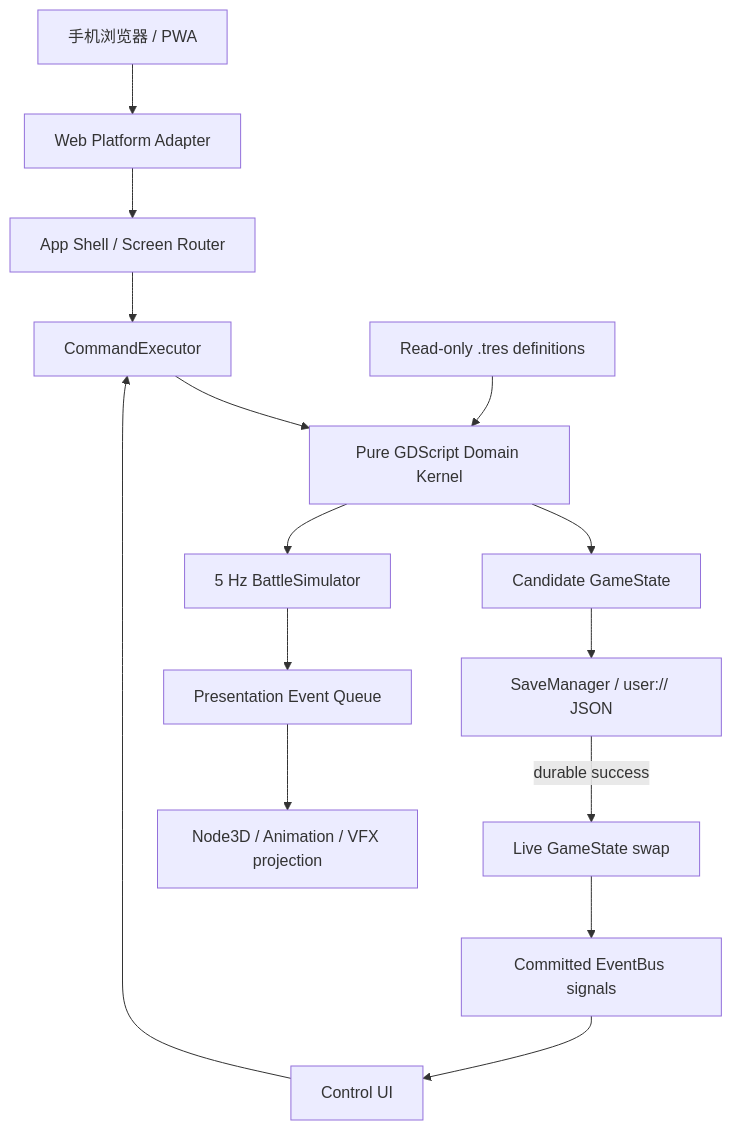
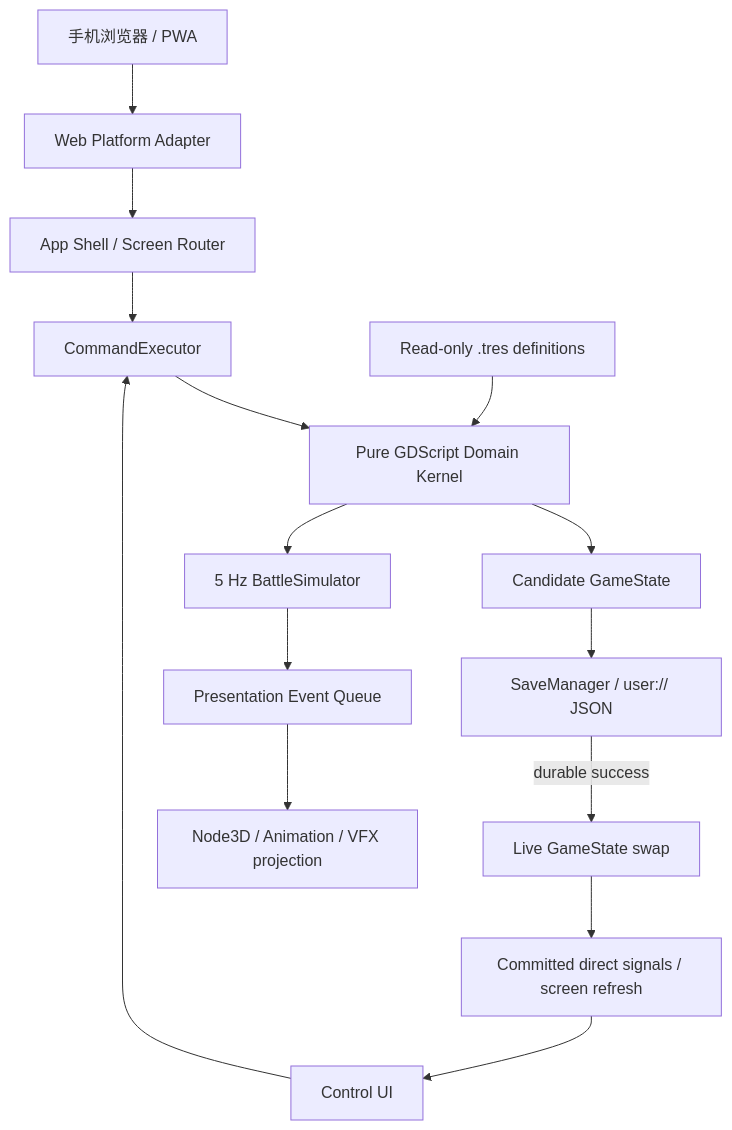
Before and after one commit to Caesarderder/godot_ai: the diagram in docs/references/architecture/architecture-overview.md, drawn with Mermaid. The commit also changed other lines of this file and 1 other file, not shown here.

Commit message:
docs: align Godot architecture with schema v8 runtime

````diff
--- a/docs/references/architecture/architecture-overview.md
+++ b/docs/references/architecture/architecture-overview.md
@@ -71,17 +74,17 @@
 ```mermaid
 flowchart TD
     Browser["手机浏览器 / PWA"] --> Platform["Web Platform Adapter"]
     Platform --> App["App Shell / Screen Router"]
     UI["Control UI"] --> Commands["CommandExecutor"]
     App --> Commands
     Commands --> Domain["Pure GDScript Domain Kernel"]
     Domain --> Candidate["Candidate GameState"]
     Candidate --> Save["SaveManager / user:// JSON"]
     Save -->|durable success| Live["Live GameState swap"]
-    Live --> Events["Committed EventBus signals"]
-    Events --> UI
+    Live --> Signals["Committed direct signals / screen refresh"]
+    Signals --> UI
     Domain --> Battle["5 Hz BattleSimulator"]
     Battle --> Queue["Presentation Event Queue"]
     Queue --> View3D["Node3D / Animation / VFX projection"]
     Content["Read-only .tres definitions"] --> Domain
 ```
````
